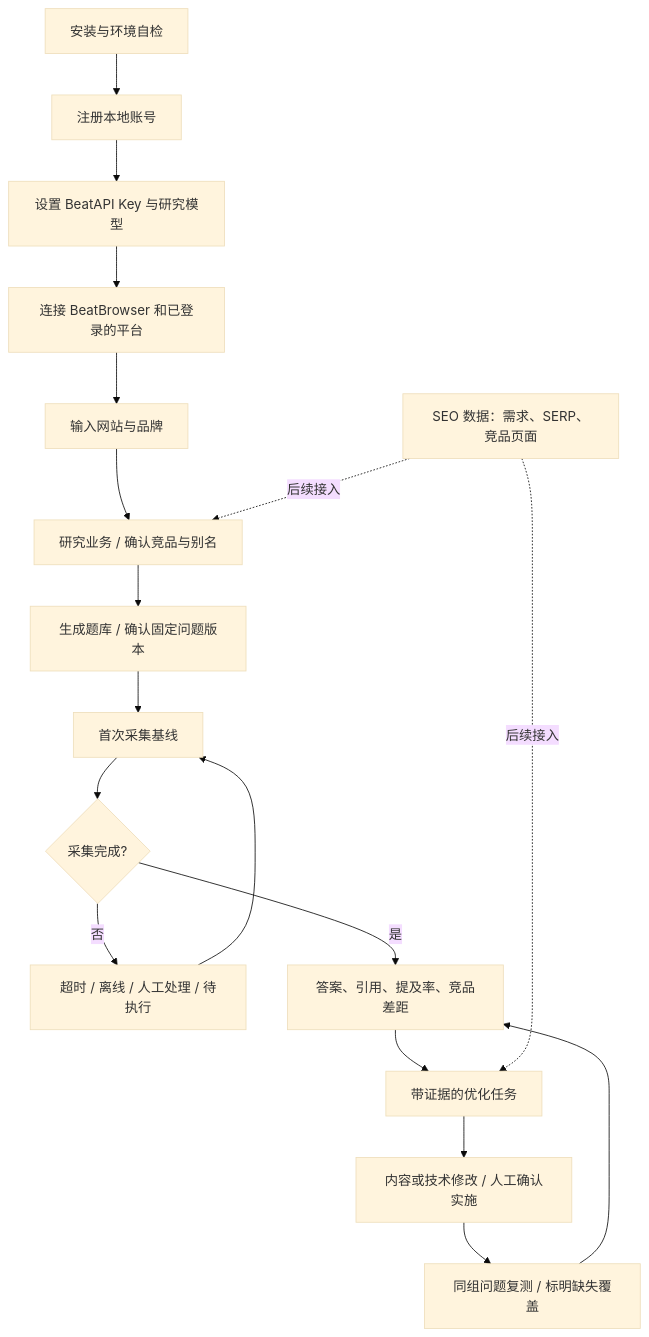
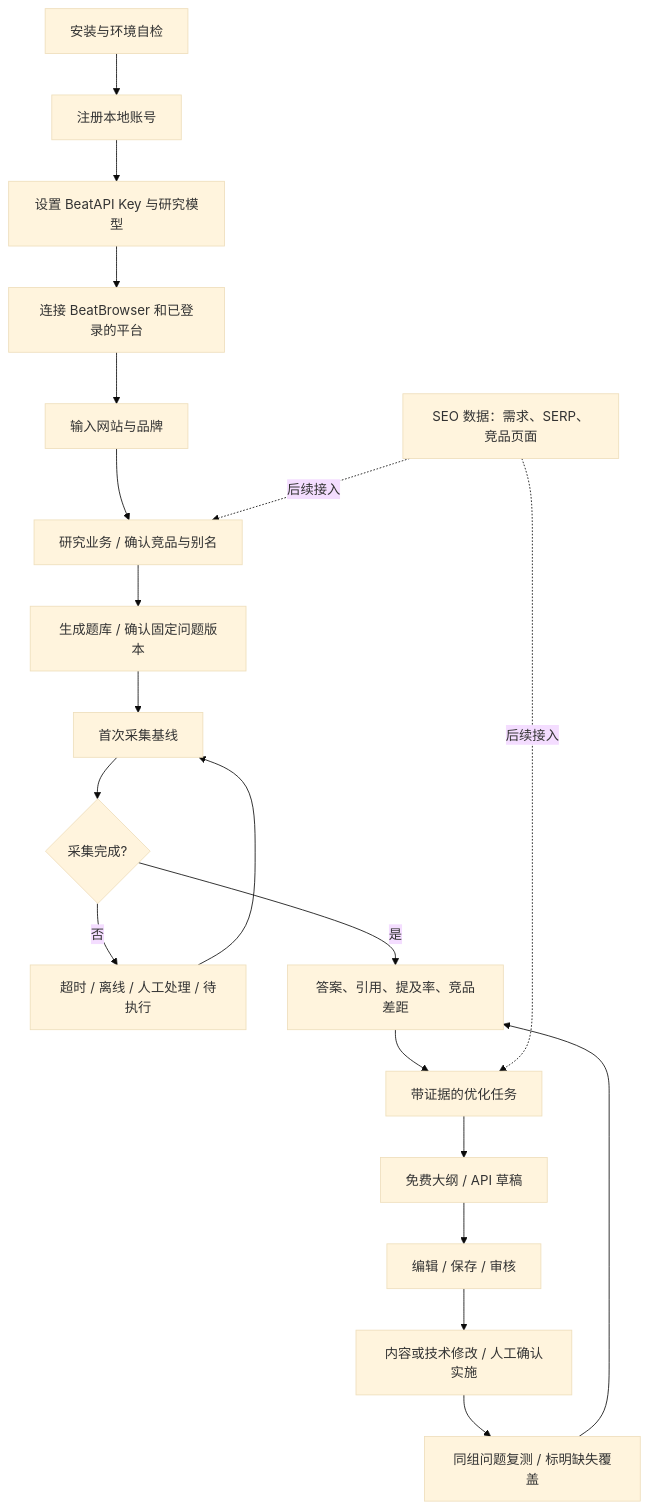
One commit to BeatAPI/BeatGEO changed the diagram in docs/beat-geo/acceptance-2026-10-16.md. Above: the diagram before and after it, drawn with Mermaid (base theme). The commit also changed other lines of this file and 51 other files, not shown here.

````diff
--- a/docs/beat-geo/acceptance-2026-10-16.md
+++ b/docs/beat-geo/acceptance-2026-10-16.md
@@ -44,20 +45,22 @@
 ```mermaid
 flowchart TD
   A[安装与环境自检] --> B[注册本地账号]
   B --> C[设置 BeatAPI Key 与研究模型]
   C --> D[连接 BeatBrowser 和已登录的平台]
   D --> E[输入网站与品牌]
   E --> F[研究业务 / 确认竞品与别名]
   F --> G[生成题库 / 确认固定问题版本]
   G --> H[首次采集基线]
   H --> I{采集完成?}
   I -->|否| J[超时 / 离线 / 人工处理 / 待执行]
   J --> H
   I -->|是| K[答案、引用、提及率、竞品差距]
   K --> L[带证据的优化任务]
-  L --> M[内容或技术修改 / 人工确认实施]
+  L --> P[免费大纲 / API 草稿]
+  P --> Q[编辑 / 保存 / 审核]
+  Q --> M[内容或技术修改 / 人工确认实施]
   M --> N[同组问题复测 / 标明缺失覆盖]
   N --> K
   O[SEO 数据：需求、SERP、竞品页面] -.后续接入.-> F
   O -.后续接入.-> L
 ```
````
